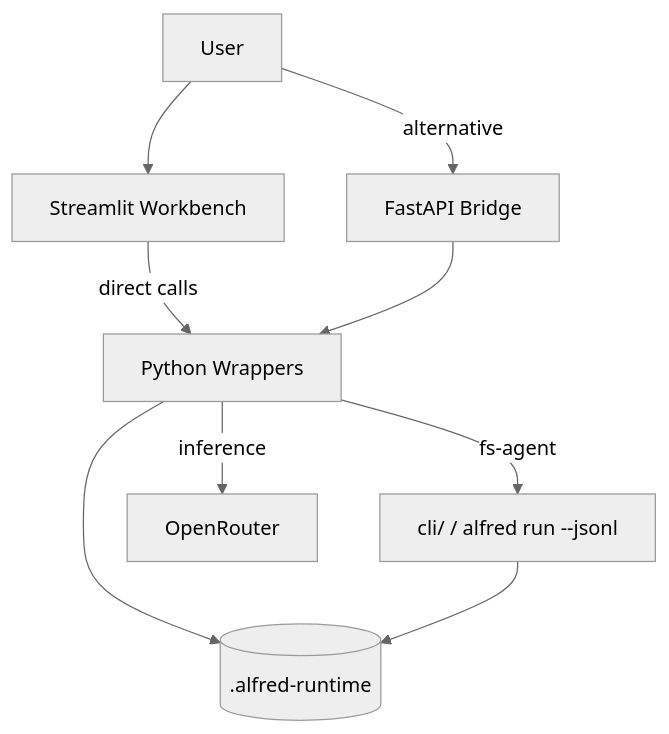
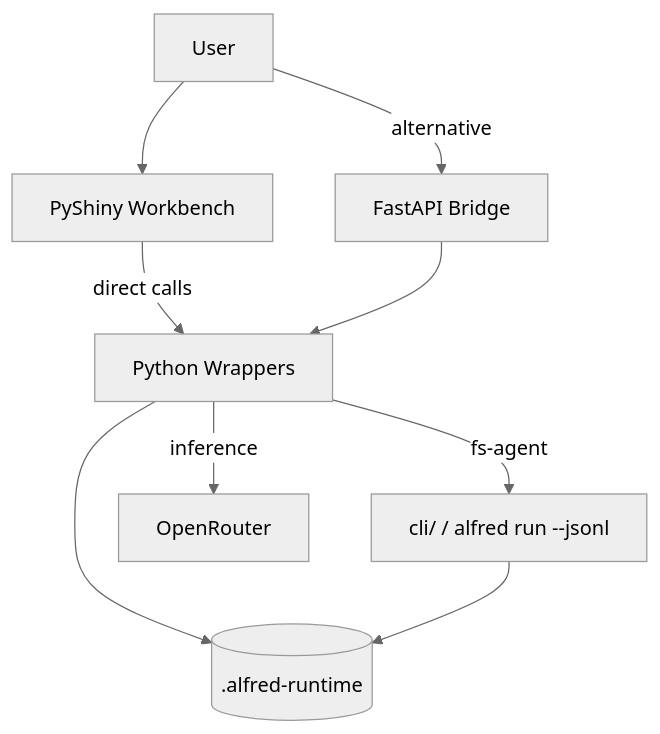
The first of 2 diagrams in docs/architecture.md (AIByJohannes/alfred), drawn with Mermaid (neutral theme) before and after one commit. The commit also changed other lines of this file and 9 other files, not shown here.

````diff
--- a/docs/architecture.md
+++ b/docs/architecture.md
@@ -17,19 +17,19 @@
 ```mermaid
 graph TD
     User[User]
-    UI[Streamlit Workbench]
+    UI[PyShiny Workbench]
     PY[Python Wrappers]
     CLI[cli/ / alfred run --jsonl]
     FS[(.alfred-runtime)]
     LLM[OpenRouter]
     API[FastAPI Bridge]
 
     User --> UI
     UI -->|direct calls| PY
     PY -->|inference| LLM
     PY -->|fs-agent| CLI
     PY --> FS
     CLI --> FS
     User -->|alternative| API
     API --> PY
 ```
````
